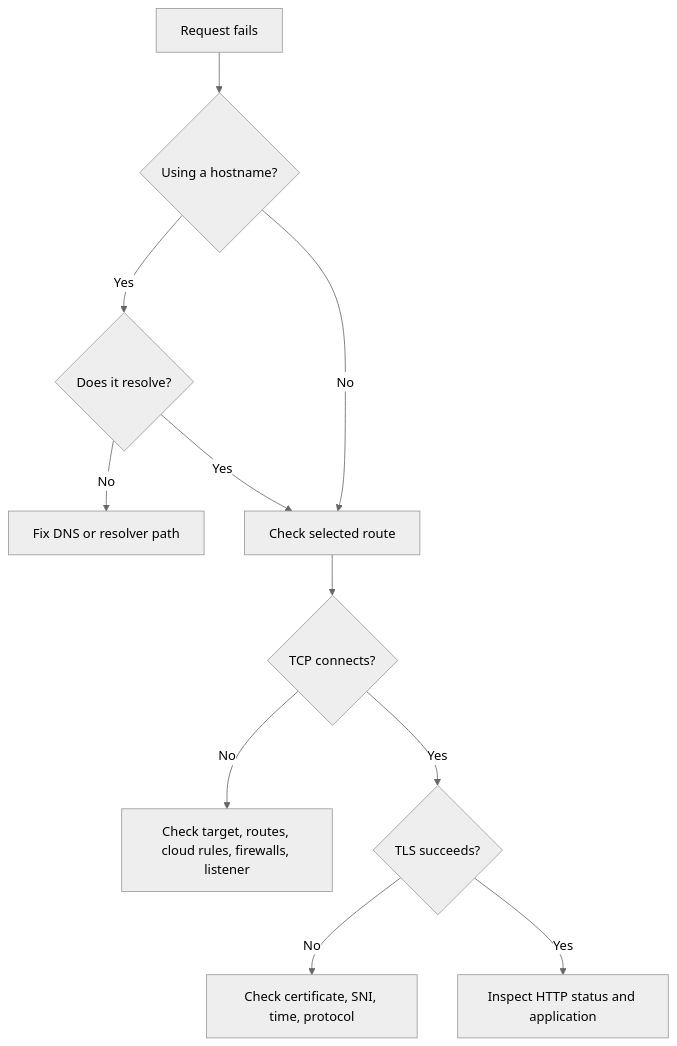
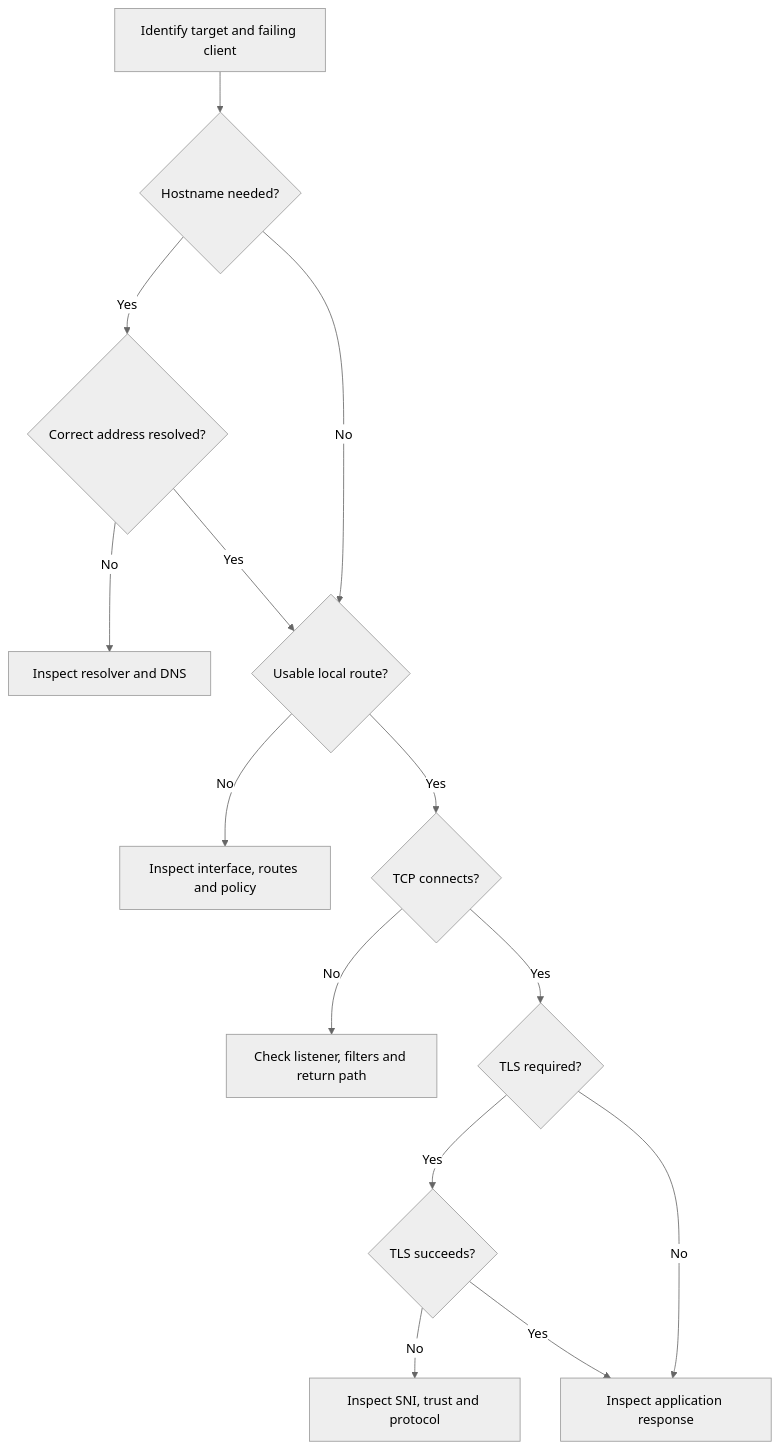
The eighth of 8 diagrams in src/content/blog/2026-07-30-networking-useful-stuff.md (tiendu/tiendu.github.io), drawn with Mermaid (neutral theme) before and after one commit. The commit also changed other lines of this file, not shown here.

````diff
--- a/src/content/blog/2026-07-30-networking-useful-stuff.md
+++ b/src/content/blog/2026-07-30-networking-useful-stuff.md
@@ -361,15 +705,18 @@
 ```mermaid
 flowchart TD
-    accTitle: Troubleshoot a failed remote request
-    accDescr: Separate DNS failures from routing, TCP, TLS, and HTTP failures instead of calling everything a network outage.
-    A["Request fails"] --> B{"Using a hostname?"}
-    B -->|Yes| C{"Does it resolve?"}
-    C -->|No| D["Fix DNS or resolver path"]
-    C -->|Yes| E["Check selected route"]
+    accTitle: Investigating a failed connection
+    accDescr: Check the actual target and context, name resolution when needed, local routing, TCP, TLS and finally the application. A TCP failure requires checking both ends and the infrastructure between them.
+    A["Identify target and failing client"] --> B{"Hostname needed?"}
+    B -->|Yes| C{"Correct address resolved?"}
+    C -->|No| D["Inspect resolver and DNS"]
+    C -->|Yes| E{"Usable local route?"}
     B -->|No| E
-    E --> F{"TCP connects?"}
-    F -->|No| G["Check target, routes, cloud rules, firewalls, listener"]
-    F -->|Yes| H{"TLS succeeds?"}
-    H -->|No| I["Check certificate, SNI, time, protocol"]
-    H -->|Yes| J["Inspect HTTP status and application"]
+    E -->|No| F["Inspect interface, routes and policy"]
+    E -->|Yes| G{"TCP connects?"}
+    G -->|No| H["Check listener, filters and return path"]
+    G -->|Yes| I{"TLS required?"}
+    I -->|Yes| J{"TLS succeeds?"}
+    J -->|No| K["Inspect SNI, trust and protocol"]
+    J -->|Yes| L["Inspect application response"]
+    I -->|No| L
 ```
````
